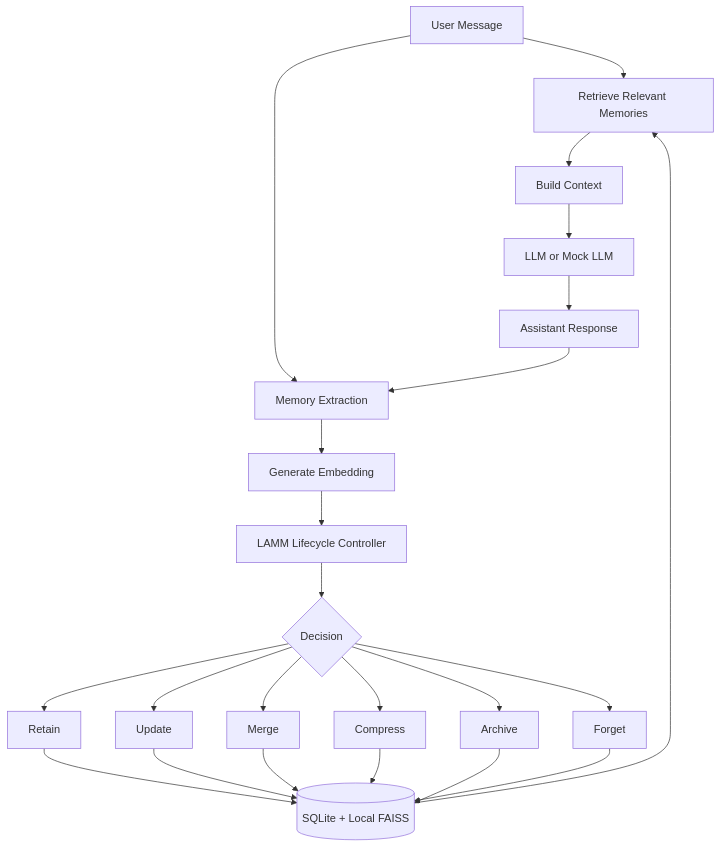
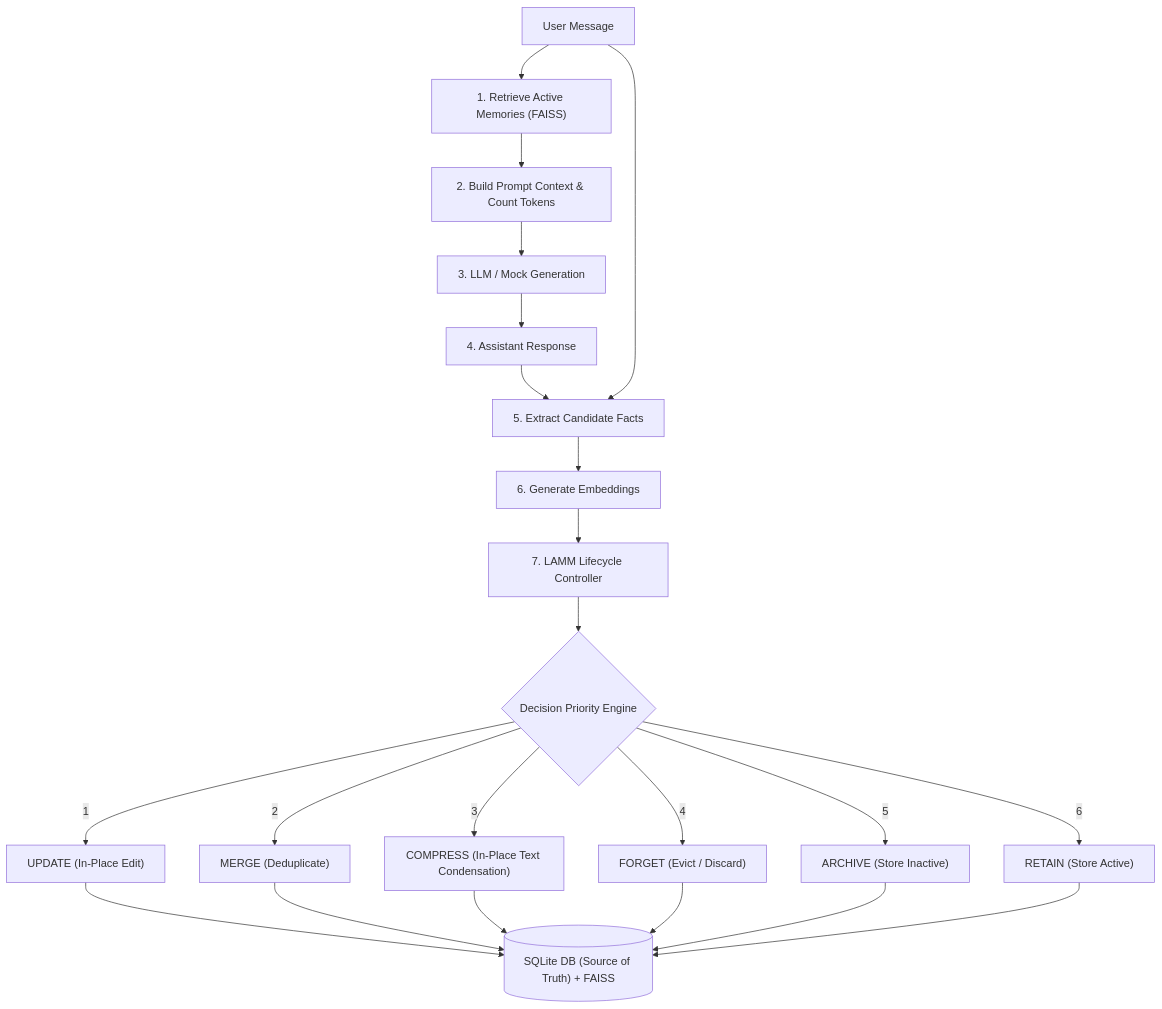
The diagram in README.md (srikar2908/LAMM_Long_Term_Memory), drawn with Mermaid before and after one commit. The commit also changed other lines of this file and 7 other files, not shown here.

````diff
--- a/README.md
+++ b/README.md
@@ -83,25 +59,26 @@
 ```mermaid
 flowchart TD
-    U[User Message] --> R[Retrieve Relevant Memories]
-    R --> C[Build Context]
-    C --> L[LLM or Mock LLM]
-    L --> RESP[Assistant Response]
-    U --> E[Memory Extraction]
-    RESP --> E
-    E --> EMB[Generate Embedding]
-    EMB --> LC[LAMM Lifecycle Controller]
-    LC --> D{Decision}
-    D --> RETAIN[Retain]
-    D --> UPDATE[Update]
-    D --> MERGE[Merge]
-    D --> COMPRESS[Compress]
-    D --> ARCHIVE[Archive]
-    D --> FORGET[Forget]
-    RETAIN --> S[(SQLite + Local FAISS)]
-    UPDATE --> S
-    MERGE --> S
-    COMPRESS --> S
-    ARCHIVE --> S
-    FORGET --> S
-    S --> R
+    U["User Message"] --> RET["1. Retrieve Active Memories (FAISS)"]
+    RET --> CB["2. Build Prompt Context & Count Tokens"]
+    CB --> LLM["3. LLM / Mock Generation"]
+    LLM --> RESP["4. Assistant Response"]
+    RESP --> EXT["5. Extract Candidate Facts"]
+    U --> EXT
+    EXT --> EMB["6. Generate Embeddings"]
+    EMB --> LC["7. LAMM Lifecycle Controller"]
+    
+    LC --> DEC{"Decision Priority Engine"}
+    DEC -- "1" --> OP_UPD["UPDATE (In-Place Edit)"]
+    DEC -- "2" --> OP_MRG["MERGE (Deduplicate)"]
+    DEC -- "3" --> OP_CMP["COMPRESS (In-Place Text Condensation)"]
+    DEC -- "4" --> OP_FGT["FORGET (Evict / Discard)"]
+    DEC -- "5" --> OP_ARC["ARCHIVE (Store Inactive)"]
+    DEC -- "6" --> OP_RET["RETAIN (Store Active)"]
+    
+    OP_UPD --> DB[("SQLite DB (Source of Truth) + FAISS")]
+    OP_MRG --> DB
+    OP_CMP --> DB
+    OP_FGT --> DB
+    OP_ARC --> DB
+    OP_RET --> DB
 ```
````
